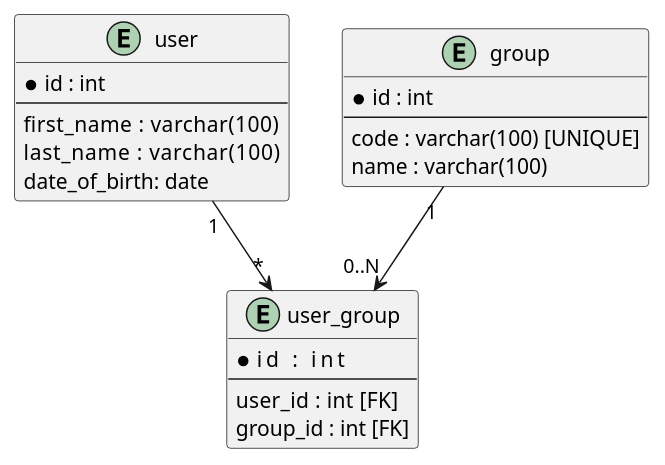
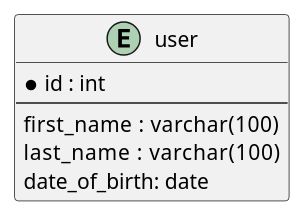
One commit to Jaafar91/UML-to-DB-to-API changed the diagram in examples/example1/example1.plantuml. Above: the diagram before and after it, drawn with PlantUML. The commit also changed 3 other files, not shown here.

```diff
--- a/examples/example1/example1.plantuml
+++ b/examples/example1/example1.plantuml
@@ -1,23 +1,9 @@
 @startuml
 entity user{
   *id : int
   --
   first_name :   varchar(100)
   last_name :    varchar(100)
   date_of_birth: date
 }
-entity group{
-  *id : int
-  --
-  code : varchar(100) [UNIQUE]
-  name : varchar(100)
-}
-entity user_group{
-  *id :      int
-  --
-  user_id :  int [FK]
-  group_id : int [FK]
-}
-user "1" --> "*" user_group 
-group "1" --> "0..N" user_group
 @enduml
```
